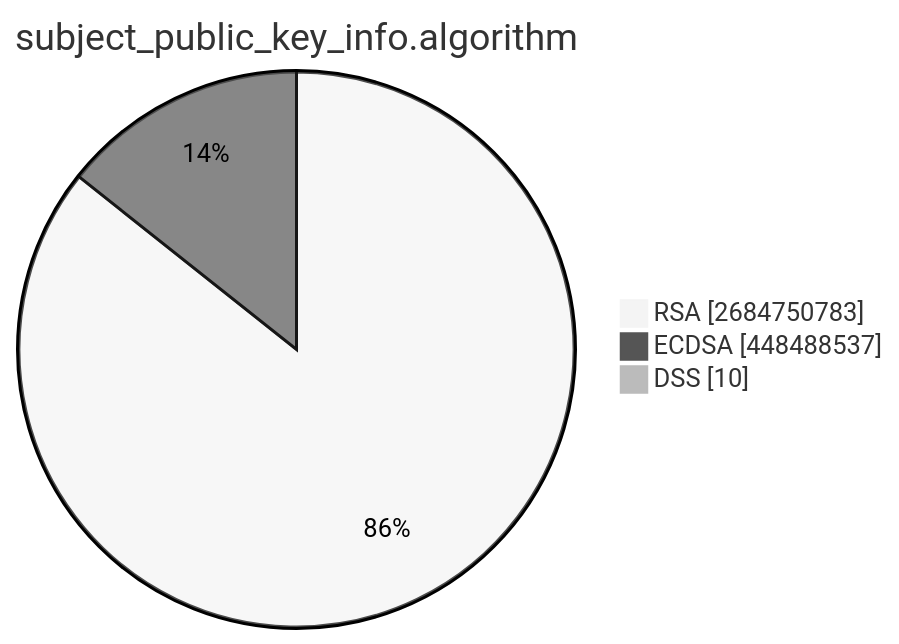
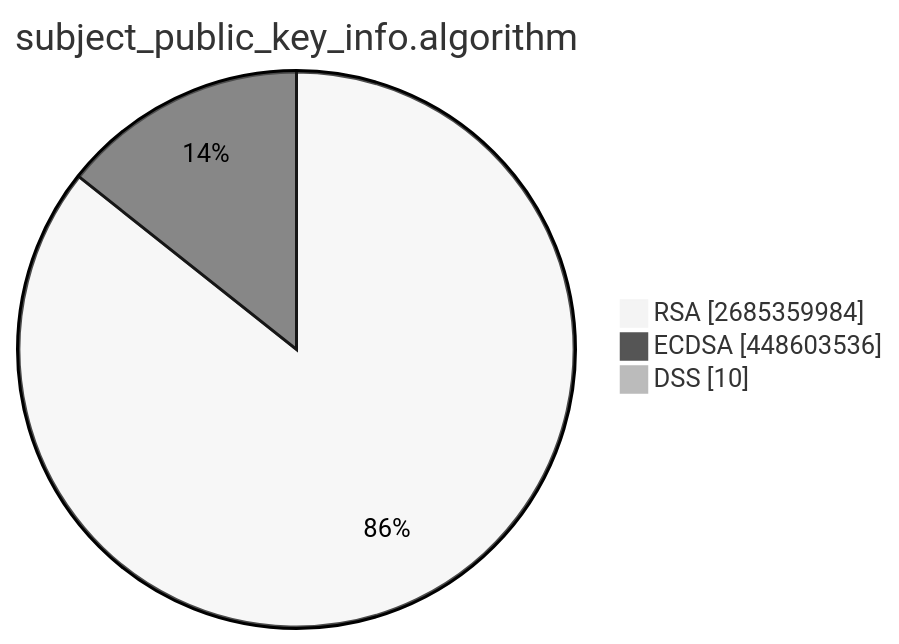
One commit to christiankrug/ctmonitor_visualization changed the second of 15 diagrams in TOTAL/README.md. Above: the diagram before and after it, drawn with Mermaid (neutral theme). The commit also changed other lines of this file, not shown here.

````diff
--- a/TOTAL/README.md
+++ b/TOTAL/README.md
@@ -6,7 +6,7 @@
 ```mermaid
 pie showData
 title subject_public_key_info.algorithm
-"RSA" :2684750783
-"ECDSA" :448488537
+"RSA" :2685359984
+"ECDSA" :448603536
 "DSS" :10
 ```
````
